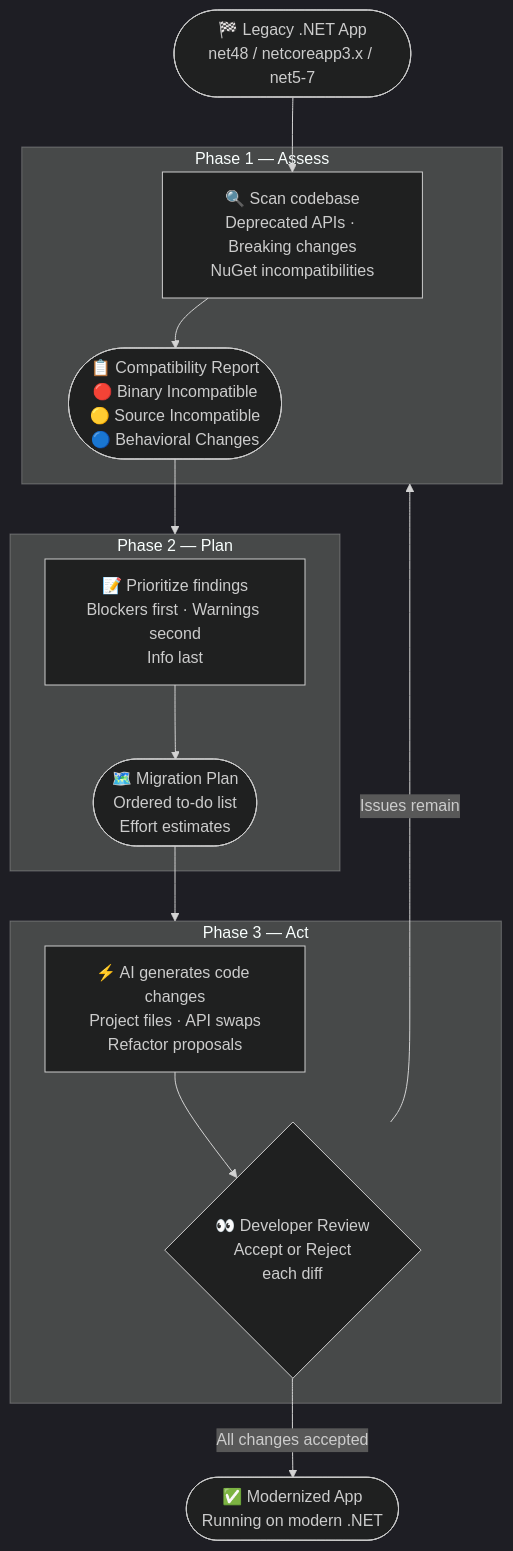
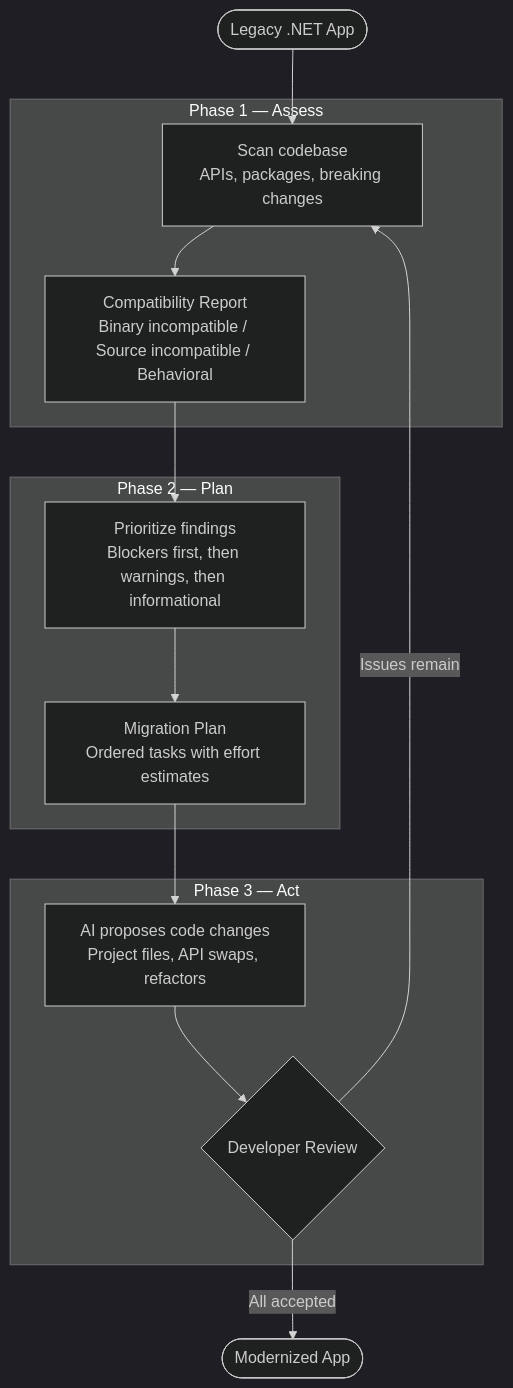
The diagram in 00-introduction/README.md (microsoft/dotnet-modernization-for-beginners), drawn with Mermaid (dark theme) before and after one commit.

Commit message:
fix(ch00): clean up mermaid diagram rendering
- Remove emojis from node labels (unreliable in Mermaid renderers)
- Replace backslash-n with <br/> for reliable line breaks
- Fix inter-subgraph arrows to point at nodes, not subgraph IDs
- Quote subgraph titles containing em dash to prevent parse errors
- Fix feedback loop to point at ASSESS node instead of PHASE1 subgraph

````diff
--- a/00-introduction/README.md
+++ b/00-introduction/README.md
@@ -67,31 +67,31 @@
 ```mermaid
 flowchart TD
-    START([🏁 Legacy .NET App\nnet48 / netcoreapp3.x / net5-7])
+    START([Legacy .NET App])
 
     START --> ASSESS
 
-    subgraph PHASE1 [Phase 1 — Assess]
-        ASSESS[🔍 Scan codebase\nDeprecated APIs · Breaking changes\nNuGet incompatibilities]
-        REPORT([📋 Compatibility Report\n🔴 Binary Incompatible\n🟡 Source Incompatible\n🔵 Behavioral Changes])
+    subgraph PHASE1 ["Phase 1 — Assess"]
+        ASSESS["Scan codebase<br/>APIs, packages, breaking changes"]
+        REPORT["Compatibility Report<br/>Binary incompatible / Source incompatible / Behavioral"]
         ASSESS --> REPORT
     end
 
-    REPORT --> PHASE2
+    REPORT --> PLAN
 
-    subgraph PHASE2 [Phase 2 — Plan]
-        PLAN[📝 Prioritize findings\nBlockers first · Warnings second\nInfo last]
-        MIGRATION([🗺️ Migration Plan\nOrdered to-do list\nEffort estimates])
+    subgraph PHASE2 ["Phase 2 — Plan"]
+        PLAN["Prioritize findings<br/>Blockers first, then warnings, then informational"]
+        MIGRATION["Migration Plan<br/>Ordered tasks with effort estimates"]
         PLAN --> MIGRATION
     end
 
-    MIGRATION --> PHASE3
+    MIGRATION --> ACT
 
-    subgraph PHASE3 [Phase 3 — Act]
-        ACT[⚡ AI generates code changes\nProject files · API swaps\nRefactor proposals]
-        REVIEW{👀 Developer Review\nAccept or Reject\neach diff}
+    subgraph PHASE3 ["Phase 3 — Act"]
+        ACT["AI proposes code changes<br/>Project files, API swaps, refactors"]
+        REVIEW{Developer Review}
         ACT --> REVIEW
     end
 
-    REVIEW -->|Issues remain| PHASE1
-    REVIEW -->|All changes accepted| DONE([✅ Modernized App\nRunning on modern .NET])
+    REVIEW -->|Issues remain| ASSESS
+    REVIEW -->|All accepted| DONE([Modernized App])
 ```
````
